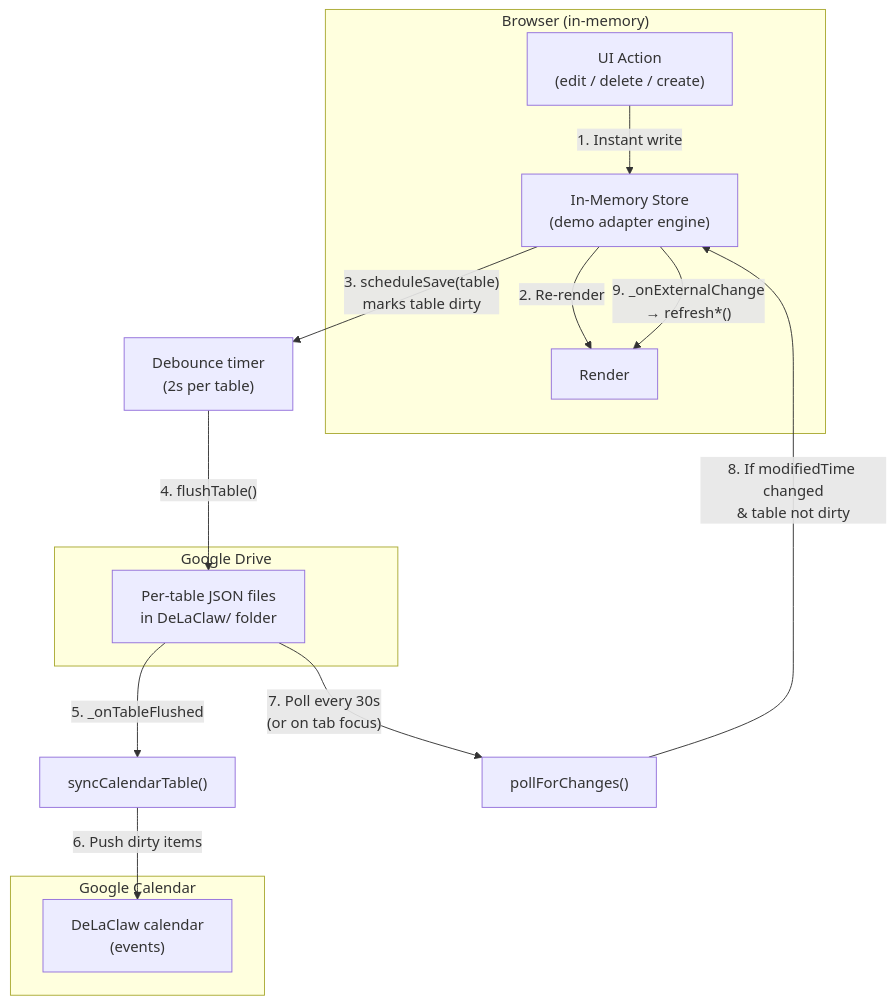
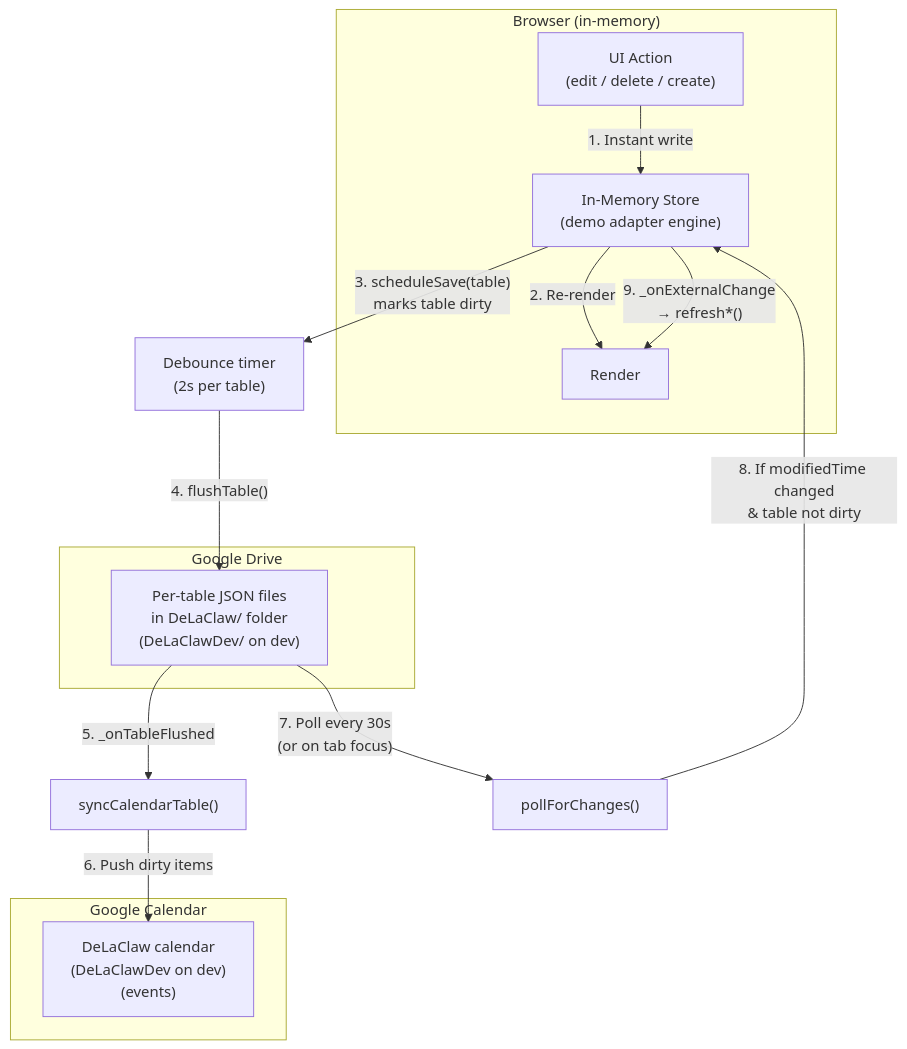
One commit to AntGro/DeLaClaw changed the first of 8 diagrams in docs-site/sync-architecture.md. Above: the diagram before and after it, drawn with Mermaid. The commit also changed other lines of this file and 133 other files, not shown here.

````diff
--- a/docs-site/sync-architecture.md
+++ b/docs-site/sync-architecture.md
@@ -7,27 +7,27 @@
 ```mermaid
 flowchart TD
     subgraph Browser["Browser (in-memory)"]
         UI["UI Action<br/>(edit / delete / create)"]
         MEM["In-Memory Store<br/>(demo adapter engine)"]
         RENDER["Render"]
     end
 
     subgraph Drive["Google Drive"]
-        DJSON["Per-table JSON files<br/>in DeLaClaw/ folder"]
+        DJSON["Per-table JSON files<br/>in DeLaClaw/ folder<br/>(DeLaClawDev/ on dev)"]
     end
 
     subgraph GCal["Google Calendar"]
-        GCAL["DeLaClaw calendar<br/>(events)"]
+        GCAL["DeLaClaw calendar<br/>(DeLaClawDev on dev)<br/>(events)"]
     end
 
     UI -->|"1. Instant write"| MEM
     MEM -->|"2. Re-render"| RENDER
     MEM -->|"3. scheduleSave(table)<br/>marks table dirty"| DEBOUNCE
     DEBOUNCE["Debounce timer<br/>(2s per table)"] -->|"4. flushTable()"| DJSON
     DJSON -->|"5. _onTableFlushed"| CALSYNC
     CALSYNC["syncCalendarTable()"] -->|"6. Push dirty items"| GCAL
 
     DJSON -->|"7. Poll every 30s<br/>(or on tab focus)"| POLL
     POLL["pollForChanges()"] -->|"8. If modifiedTime changed<br/>& table not dirty"| MEM
     MEM -->|"9. _onExternalChange<br/>→ refresh*()"| RENDER
 ```
````
